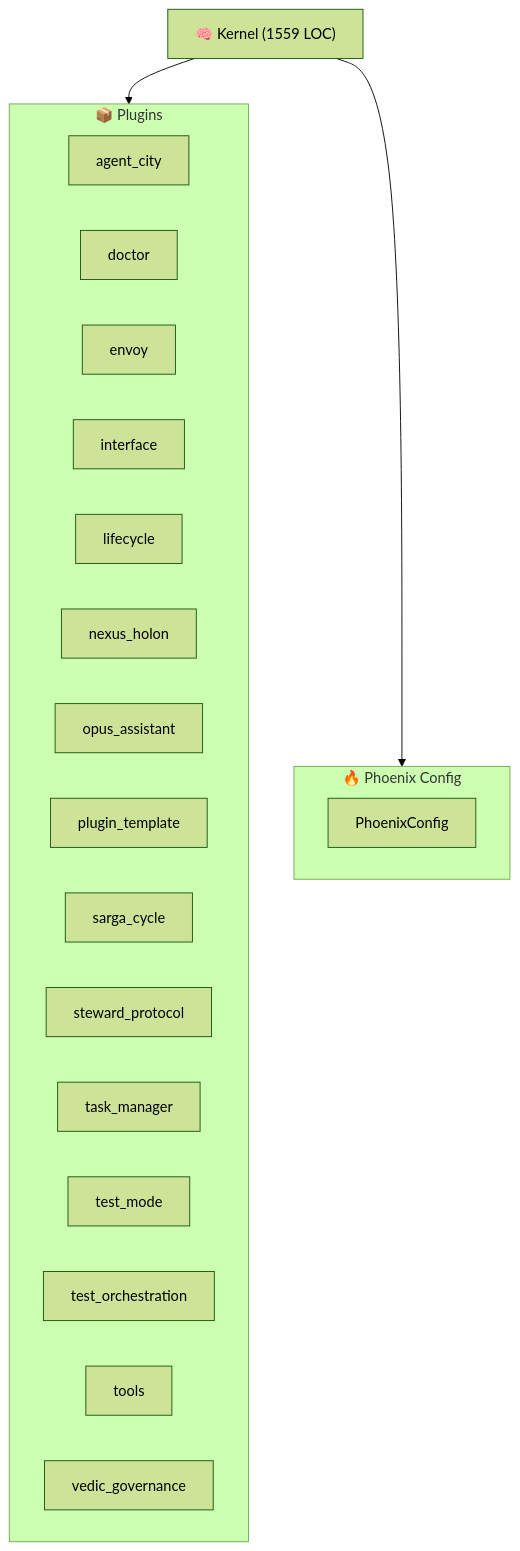
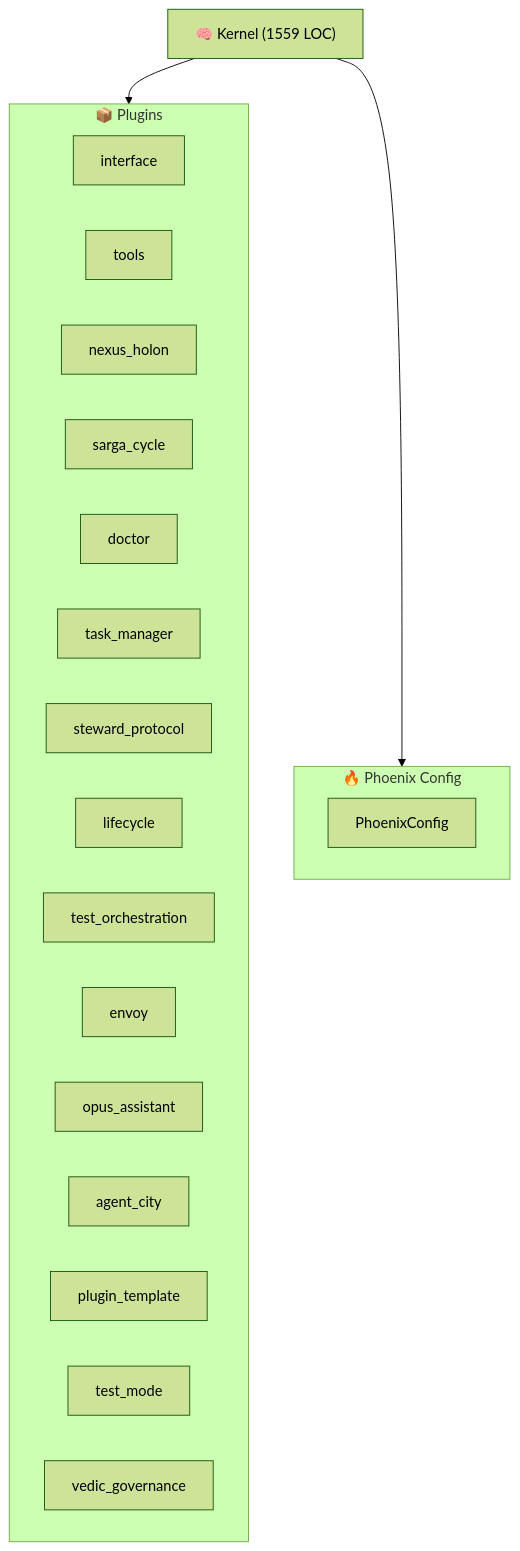
Before and after one commit to kimeisele/steward-protocol: the diagram in ARCHITECTURE.md, drawn with Mermaid (forest theme). The commit also changed other lines of this file and 15 other files, not shown here.

````diff
--- a/ARCHITECTURE.md
+++ b/ARCHITECTURE.md
@@ -8,26 +8,26 @@
 ```mermaid
 graph TB
     K["🧠 Kernel (1559 LOC)"]
     subgraph Plugins["📦 Plugins"]
+        P_interface["interface"]
+        P_tools["tools"]
+        P_nexus_holon["nexus_holon"]
+        P_sarga_cycle["sarga_cycle"]
+        P_doctor["doctor"]
+        P_task_manager["task_manager"]
+        P_steward_protocol["steward_protocol"]
+        P_lifecycle["lifecycle"]
+        P_test_orchestration["test_orchestration"]
+        P_envoy["envoy"]
+        P_opus_assistant["opus_assistant"]
         P_agent_city["agent_city"]
-        P_doctor["doctor"]
-        P_envoy["envoy"]
-        P_interface["interface"]
-        P_lifecycle["lifecycle"]
-        P_nexus_holon["nexus_holon"]
-        P_opus_assistant["opus_assistant"]
         P_plugin_template["plugin_template"]
-        P_sarga_cycle["sarga_cycle"]
-        P_steward_protocol["steward_protocol"]
-        P_task_manager["task_manager"]
         P_test_mode["test_mode"]
-        P_test_orchestration["test_orchestration"]
-        P_tools["tools"]
         P_vedic_governance["vedic_governance"]
     end
     K --> Plugins
     subgraph Config["🔥 Phoenix Config"]
         PC[PhoenixConfig]
     end
     K --> Config
 ```
````
